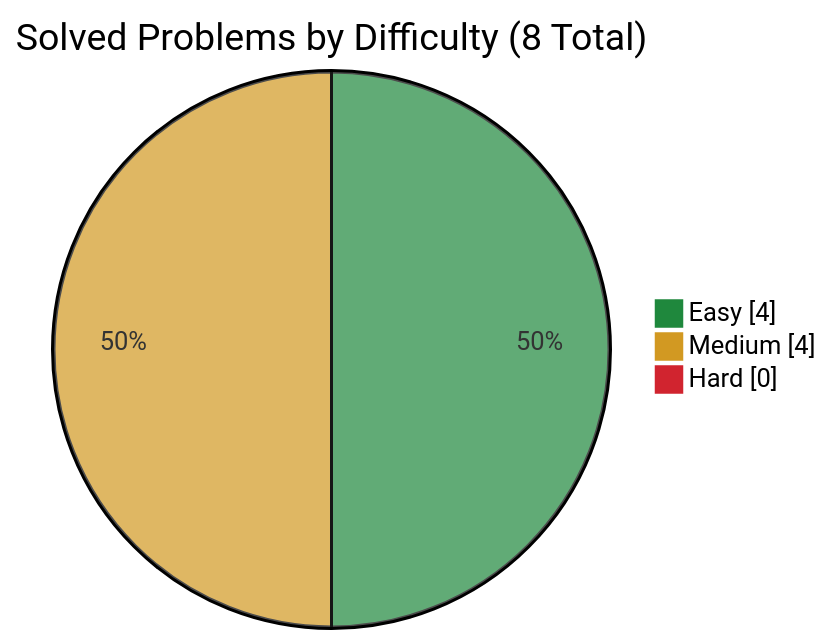
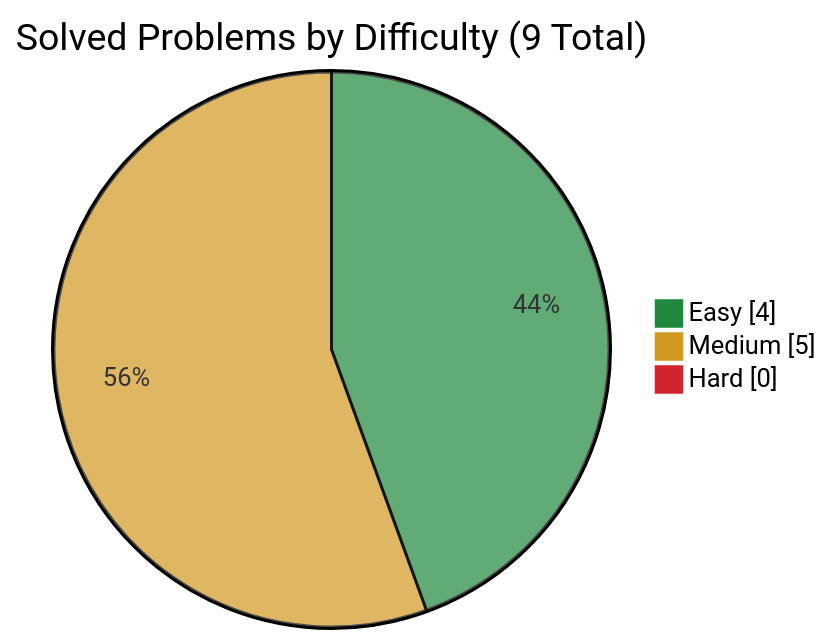
Before and after one commit to simonesiega/leetcode-solutions: the diagram in companies/amazon/README.md, drawn with Mermaid. The commit also changed other lines of this file and 4 other files, not shown here.

````diff
--- a/companies/amazon/README.md
+++ b/companies/amazon/README.md
@@ -17,8 +17,8 @@
 ```mermaid
 %%{init: {"themeVariables": {"pie1": "#1f883d", "pie2": "#d29922", "pie3": "#d1242f"}}}%%
 pie showData
-    title Solved Problems by Difficulty (8 Total)
+    title Solved Problems by Difficulty (9 Total)
     "Easy" : 4
-    "Medium" : 4
+    "Medium" : 5
     "Hard" : 0
 ```
````
